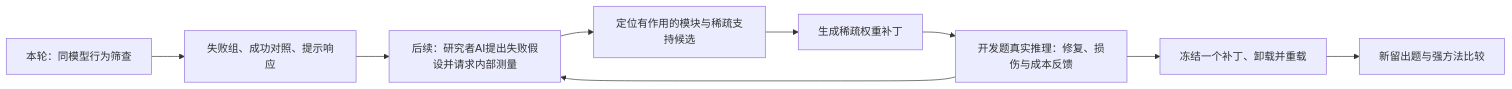
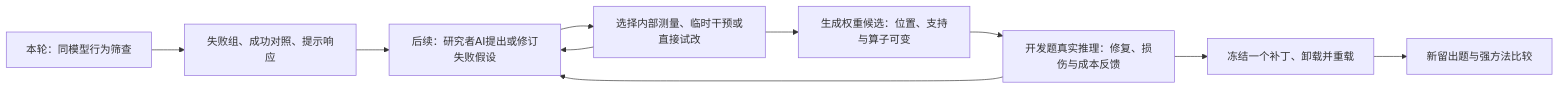
Before and after one commit to yuxiexiong/acupuncture: the diagram in docs/wsp-vlm-behavior-screen-v1-2026-11-05.zh-CN.md, drawn with Mermaid. The commit also changed other lines of this file and 5 other files, not shown here.

````diff
--- a/docs/wsp-vlm-behavior-screen-v1-2026-11-05.zh-CN.md
+++ b/docs/wsp-vlm-behavior-screen-v1-2026-11-05.zh-CN.md
@@ -147,11 +149,12 @@
 ```mermaid
 flowchart LR
   A[本轮：同模型行为筛查] --> B[失败组、成功对照、提示响应]
-  B --> C[后续：研究者AI提出失败假设并请求内部测量]
-  C --> D[定位有作用的模块与稀疏支持候选]
-  D --> E[生成稀疏权重补丁]
+  B --> C[后续：研究者AI提出或修订失败假设]
+  C --> D[选择内部测量、临时干预或直接试改]
+  D --> C
+  D --> E[生成权重候选：位置、支持与算子可变]
   E --> F[开发题真实推理：修复、损伤与成本反馈]
   F --> C
   F --> G[冻结一个补丁、卸载并重载]
   G --> H[新留出题与强方法比较]
 ```
````
